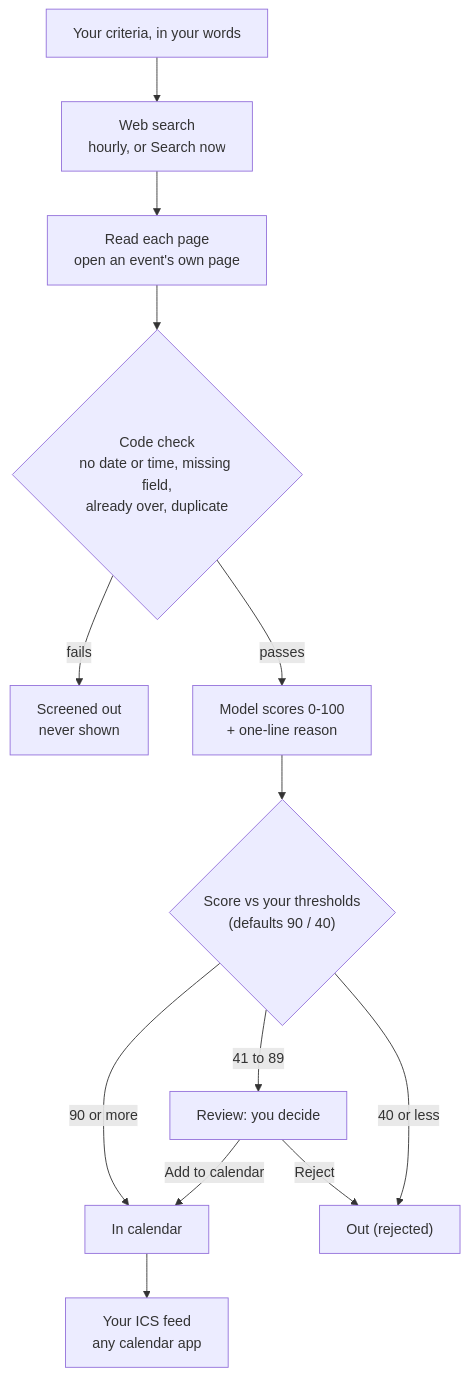
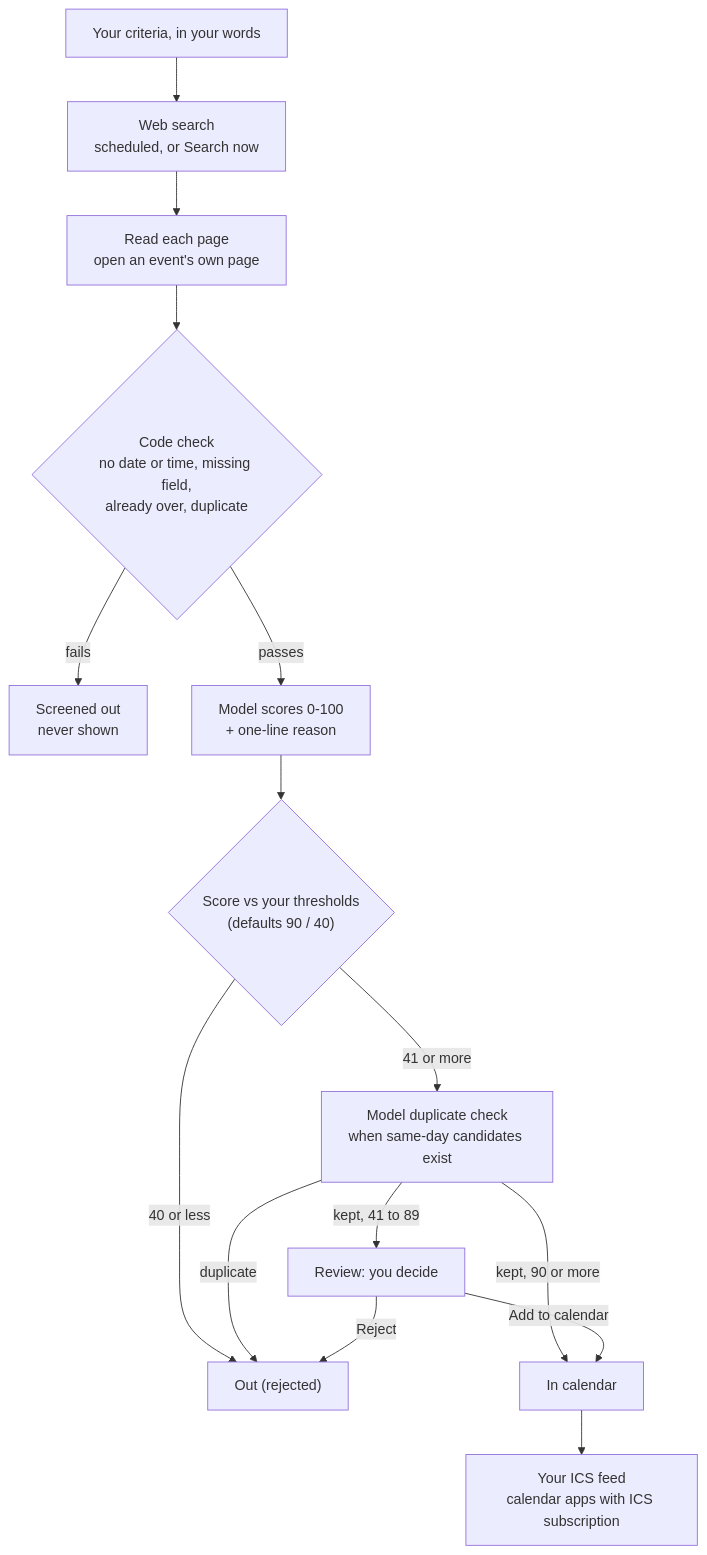
The diagram in _docs/plan.md (alexisdacquay/sail-event), drawn with Mermaid before and after one commit. The commit also changed other lines of this file and 80 other files, not shown here.

````diff
--- a/_docs/plan.md
+++ b/_docs/plan.md
@@ -128,15 +132,17 @@
 ```mermaid
 flowchart TD
-    A["Your criteria, in your words"] --> B["Web search<br/>hourly, or Search now"]
+    A["Your criteria, in your words"] --> B["Web search<br/>scheduled, or Search now"]
     B --> C["Read each page<br/>open an event's own page"]
     C --> D{"Code check<br/>no date or time, missing field,<br/>already over, duplicate"}
     D -- fails --> S["Screened out<br/>never shown"]
     D -- passes --> E["Model scores 0-100<br/>+ one-line reason"]
     E --> F{"Score vs your thresholds<br/>(defaults 90 / 40)"}
-    F -- "90 or more" --> G["In calendar"]
-    F -- "41 to 89" --> H["Review: you decide"]
     F -- "40 or less" --> I["Out (rejected)"]
+    F -- "41 or more" --> K["Model duplicate check<br/>when same-day candidates exist"]
+    K -- duplicate --> I
+    K -- "kept, 90 or more" --> G["In calendar"]
+    K -- "kept, 41 to 89" --> H["Review: you decide"]
     H -- "Add to calendar" --> G
     H -- Reject --> I
-    G --> J["Your ICS feed<br/>any calendar app"]
+    G --> J["Your ICS feed<br/>calendar apps with ICS subscription"]
 ```
````
